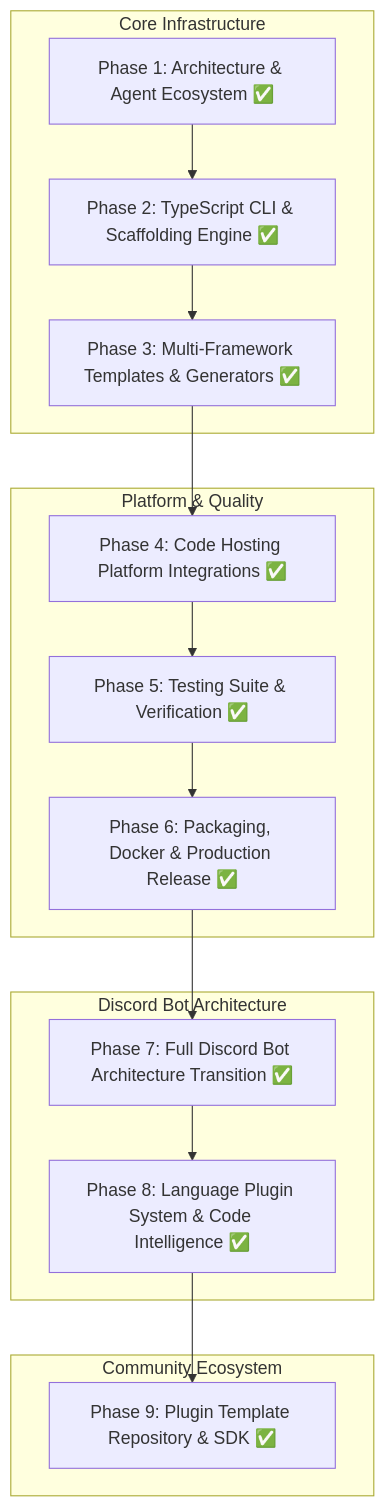
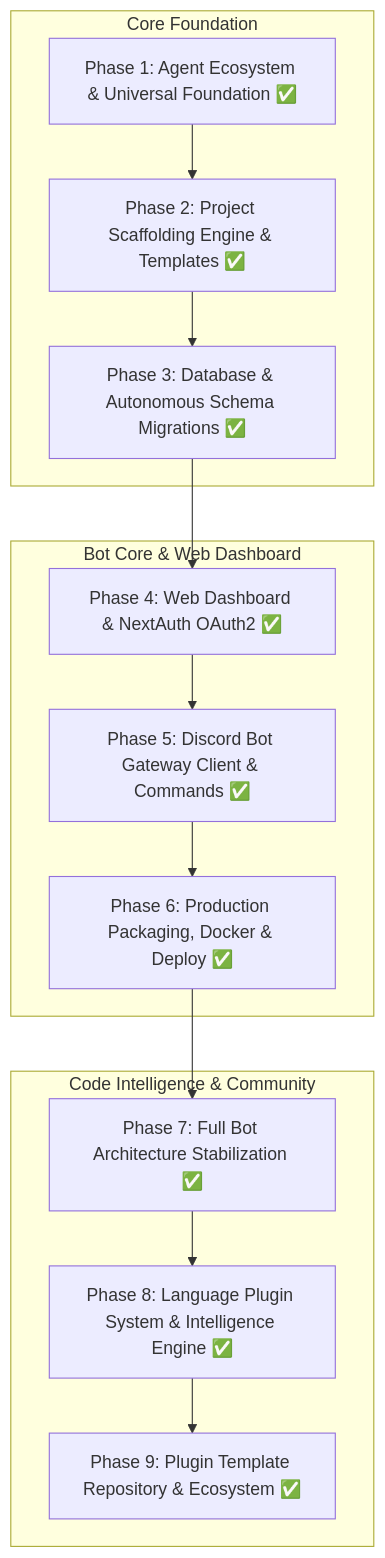
One commit to HELIX-Origin/HELIX-Discord-Bot changed the first of 2 diagrams in .agents/plans/roadmap.md. Above: the diagram before and after it, drawn with Mermaid. The commit also changed other lines of this file and 40 other files, not shown here.

Commit message:
docs(plans): synchronize 9-phase roadmap and plans with discord bot zero-ai architecture

````diff
--- a/.agents/plans/roadmap.md
+++ b/.agents/plans/roadmap.md
@@ -3,25 +3,22 @@
 ```mermaid
 flowchart TD
-    subgraph Core ["Core Infrastructure"]
-        P1["Phase 1: Architecture & Agent Ecosystem ✅"]
-        P2["Phase 2: TypeScript CLI & Scaffolding Engine ✅"]
-        P3["Phase 3: Multi-Framework Templates & Generators ✅"]
+    subgraph Foundation ["Core Foundation"]
+        P1["Phase 1: Agent Ecosystem & Universal Foundation ✅"]
+        P2["Phase 2: Project Scaffolding Engine & Templates ✅"]
+        P3["Phase 3: Database & Autonomous Schema Migrations ✅"]
     end
 
-    subgraph Platform ["Platform & Quality"]
-        P4["Phase 4: Code Hosting Platform Integrations ✅"]
-        P5["Phase 5: Testing Suite & Verification ✅"]
-        P6["Phase 6: Packaging, Docker & Production Release ✅"]
+    subgraph BotCore ["Bot Core & Web Dashboard"]
+        P4["Phase 4: Web Dashboard & NextAuth OAuth2 ✅"]
+        P5["Phase 5: Discord Bot Gateway Client & Commands ✅"]
+        P6["Phase 6: Production Packaging, Docker & Deploy ✅"]
     end
 
-    subgraph Discord ["Discord Bot Architecture"]
-        P7["Phase 7: Full Discord Bot Architecture Transition ✅"]
-        P8["Phase 8: Language Plugin System & Code Intelligence ✅"]
-    end
-
-    subgraph Community ["Community Ecosystem"]
-        P9["Phase 9: Plugin Template Repository & SDK ✅"]
+    subgraph Intelligence ["Code Intelligence & Community"]
+        P7["Phase 7: Full Bot Architecture Stabilization ✅"]
+        P8["Phase 8: Language Plugin System & Intelligence Engine ✅"]
+        P9["Phase 9: Plugin Template Repository & Ecosystem ✅"]
     end
 
     P1 --> P2 --> P3 --> P4 --> P5 --> P6 --> P7 --> P8 --> P9
 ```
````
